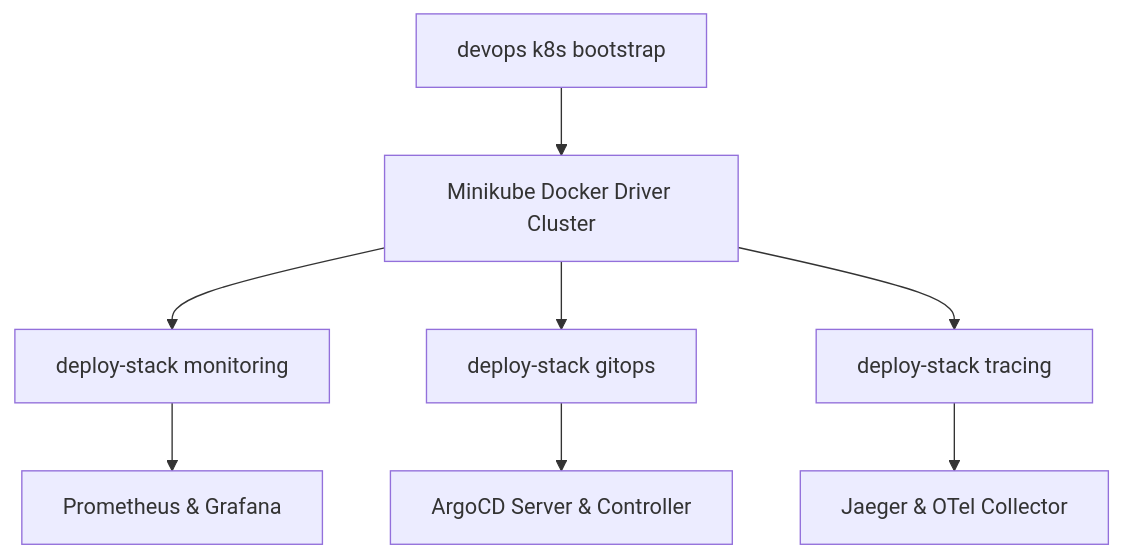
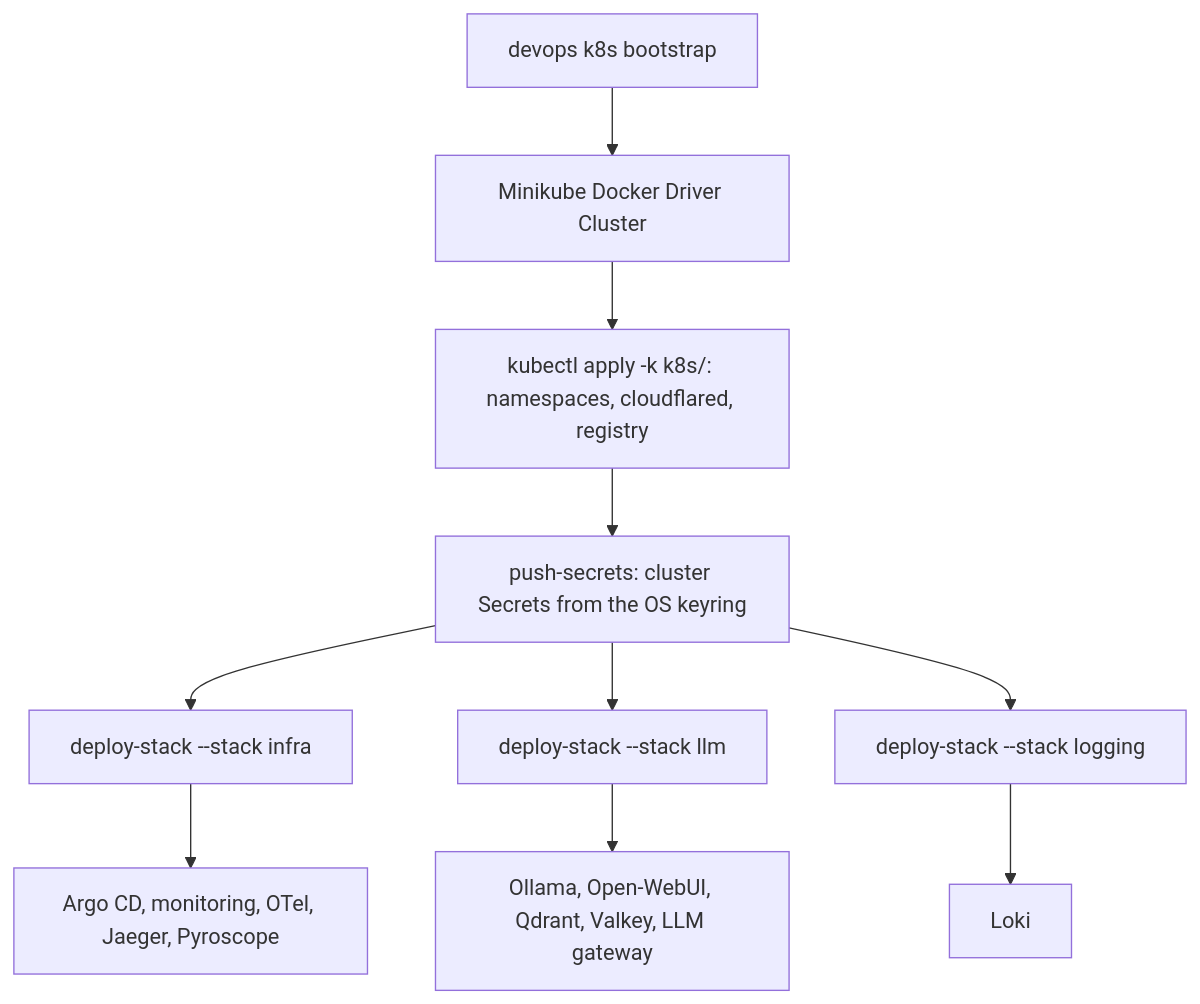
The diagram in src/devops_cli/ai/knowledge_base/devops_cli/tasks/k8s_stack_deployment.md (dan-petty/devops-cli), drawn with Mermaid before and after one commit. The commit also changed other lines of this file and 350 other files, not shown here.

````diff
--- a/src/devops_cli/ai/knowledge_base/devops_cli/tasks/k8s_stack_deployment.md
+++ b/src/devops_cli/ai/knowledge_base/devops_cli/tasks/k8s_stack_deployment.md
@@ -11,10 +11,12 @@
 ```mermaid
 graph TD
     A[devops k8s bootstrap] --> B[Minikube Docker Driver Cluster]
-    B --> C[deploy-stack monitoring]
-    B --> D[deploy-stack gitops]
-    B --> E[deploy-stack tracing]
-    C --> F[Prometheus & Grafana]
-    D --> G[ArgoCD Server & Controller]
-    E --> H[Jaeger & OTel Collector]
+    B --> N[kubectl apply -k k8s/: namespaces, cloudflared, registry]
+    N --> S[push-secrets: cluster Secrets from the OS keyring]
+    S --> C[deploy-stack --stack infra]
+    S --> D[deploy-stack --stack llm]
+    S --> E[deploy-stack --stack logging]
+    C --> F[Argo CD, monitoring, OTel, Jaeger, Pyroscope]
+    D --> G[Ollama, Open-WebUI, Qdrant, Valkey, LLM gateway]
+    E --> H[Loki]
 ```
````
